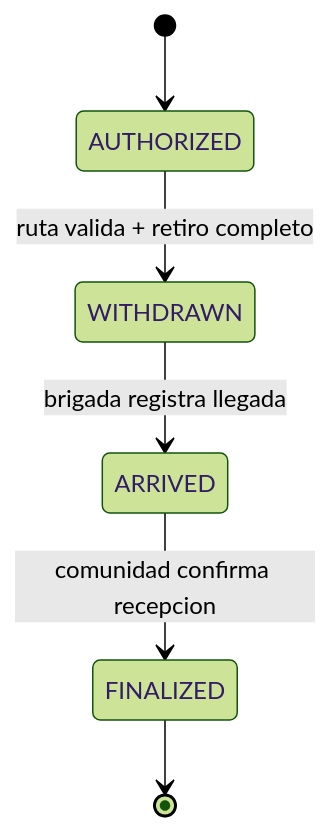
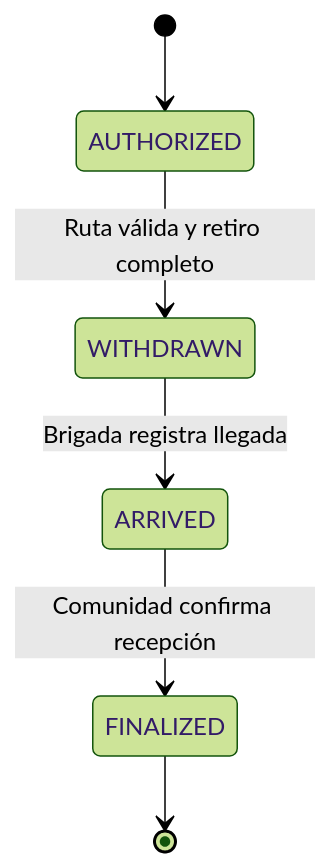
One commit to EderPanta18/alivia-humanitarian-system-design changed the third of 4 diagrams in docs/05-analisis/02-estados-transiciones.md. Above: the diagram before and after it, drawn with Mermaid (forest theme). The commit also changed other lines of this file and 44 other files, not shown here.

````diff
--- a/docs/05-analisis/02-estados-transiciones.md
+++ b/docs/05-analisis/02-estados-transiciones.md
@@ -36,8 +51,8 @@
 ```mermaid
 stateDiagram-v2
- [*] --> AUTHORIZED
- AUTHORIZED --> WITHDRAWN : ruta valida + retiro completo
- WITHDRAWN --> ARRIVED : brigada registra llegada
- ARRIVED --> FINALIZED : comunidad confirma recepcion
- FINALIZED --> [*]
+    [*] --> AUTHORIZED
+    AUTHORIZED --> WITHDRAWN : Ruta válida y retiro completo
+    WITHDRAWN --> ARRIVED : Brigada registra llegada
+    ARRIVED --> FINALIZED : Comunidad confirma recepción
+    FINALIZED --> [*]
 ```
````
